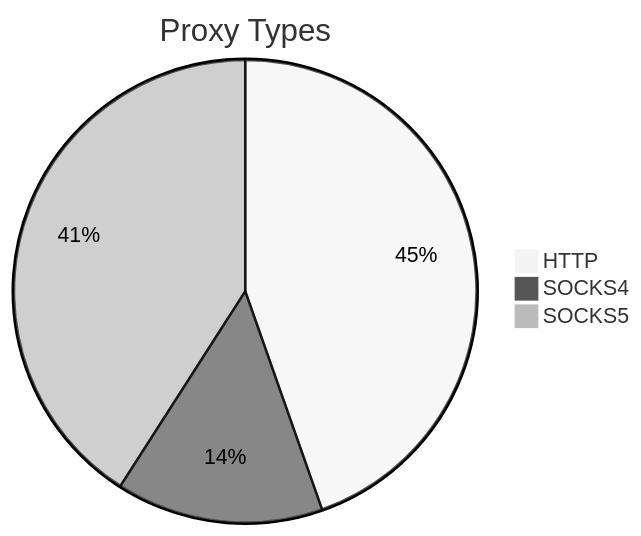
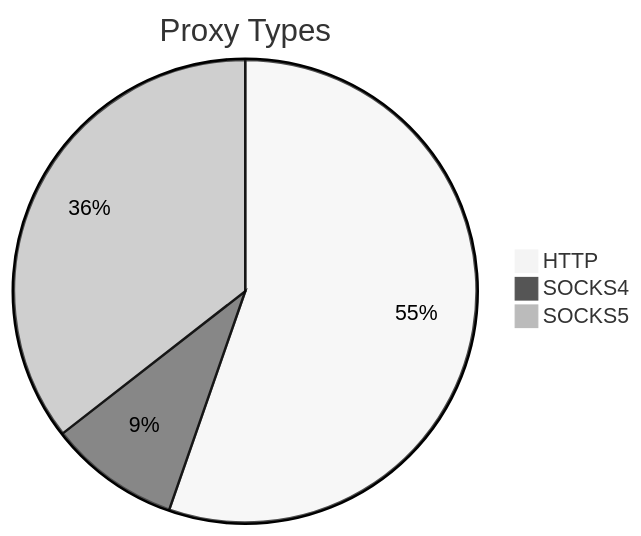
Before and after one commit to stormsia/proxy-list: the first of 2 diagrams in README.md, drawn with Mermaid (neutral theme). The commit also changed other lines of this file, not shown here.

````diff
--- a/README.md
+++ b/README.md
@@ -21,6 +21,6 @@
 ```mermaid
 pie title Proxy Types
-    "HTTP" : 145
-    "SOCKS4" : 47
-    "SOCKS5" : 133
+    "HTTP" : 109
+    "SOCKS4" : 18
+    "SOCKS5" : 70
 ```
````
